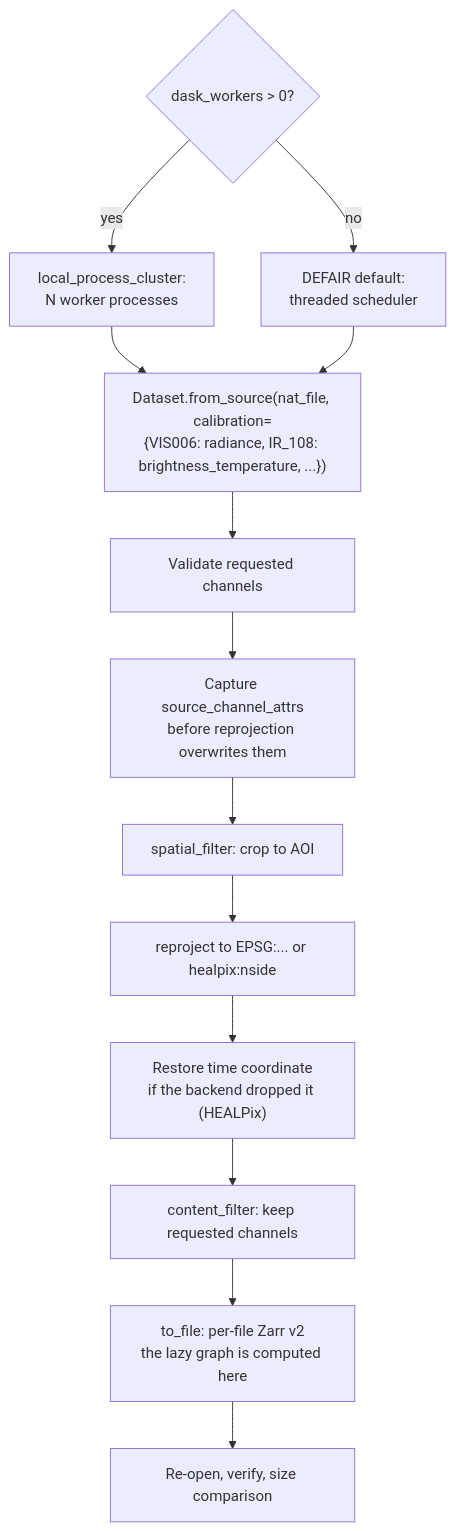
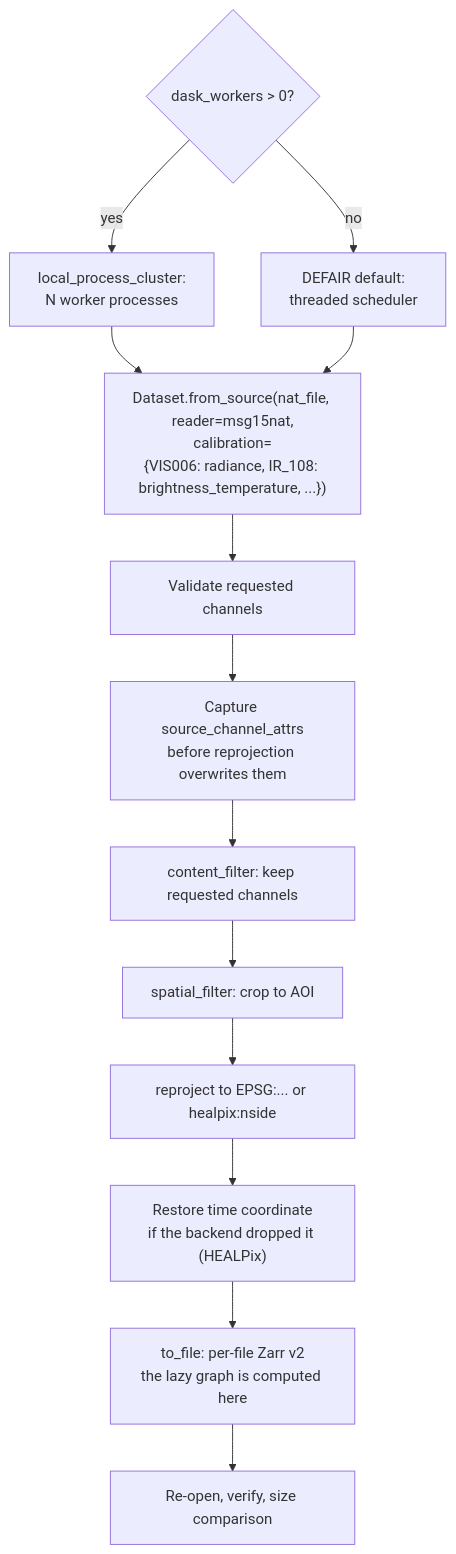
The fourth of 10 diagrams in HOOK/Data_Processing_Alternatives/airflow/airflow-getting-started/docs/demo2.md (destination-earth/DestinE-DataLake-Lab), drawn with Mermaid before and after one commit. The commit also changed other lines of this file and 2 other files, not shown here.

````diff
--- a/HOOK/Data_Processing_Alternatives/airflow/airflow-getting-started/docs/demo2.md
+++ b/HOOK/Data_Processing_Alternatives/airflow/airflow-getting-started/docs/demo2.md
@@ -207,15 +219,15 @@
 ```mermaid
 flowchart TD
     W{"dask_workers > 0?"} -->|yes| CL["local_process_cluster:<br/>N worker processes"]
     W -->|no| TH["DEFAIR default:<br/>threaded scheduler"]
     CL --> R
-    TH --> R["Dataset.from_source(nat_file, calibration=<br/>{VIS006: radiance, IR_108: brightness_temperature, ...})"]
+    TH --> R["Dataset.from_source(nat_file, reader=msg15nat,<br/>calibration=<br/>{VIS006: radiance, IR_108: brightness_temperature, ...})"]
     R --> V[Validate requested channels]
     V --> SA["Capture source_channel_attrs<br/>before reprojection overwrites them"]
-    SA --> SF["spatial_filter: crop to AOI"]
+    SA --> CF["content_filter: keep requested channels"]
+    CF --> SF["spatial_filter: crop to AOI"]
     SF --> RP["reproject to EPSG:... or healpix:nside"]
     RP --> RT["Restore time coordinate<br/>if the backend dropped it (HEALPix)"]
-    RT --> CF["content_filter: keep requested channels"]
-    CF --> ZW["to_file: per-file Zarr v2<br/>the lazy graph is computed here"]
+    RT --> ZW["to_file: per-file Zarr v2<br/>the lazy graph is computed here"]
     ZW --> VF["Re-open, verify, size comparison"]
 ```
````
